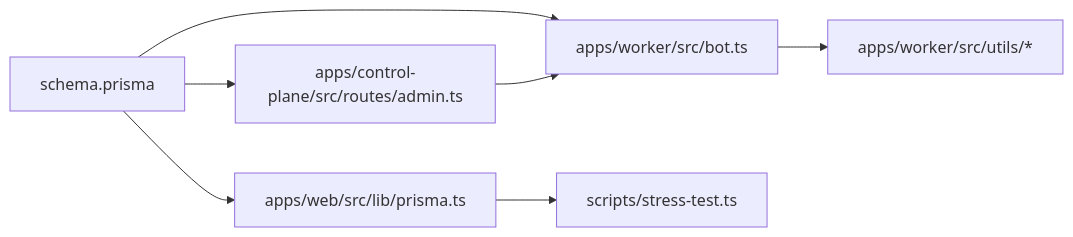
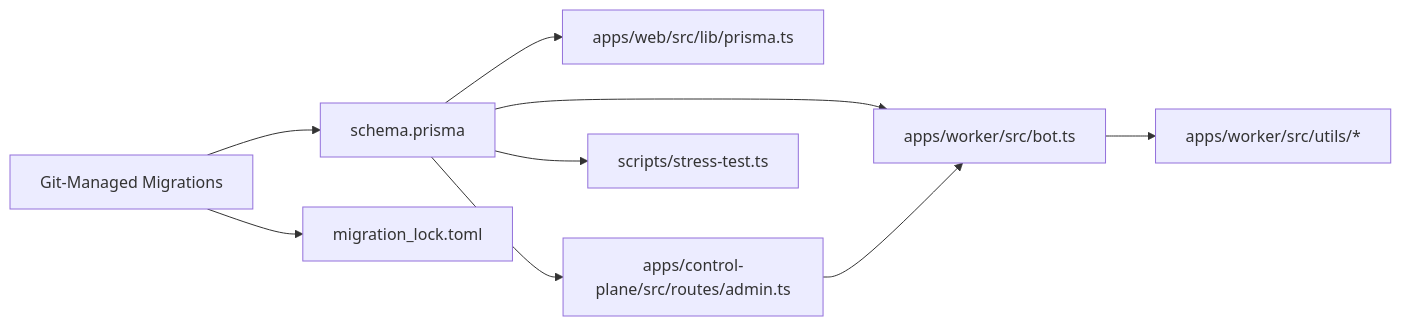
One commit to askchiwa-spec/FLOW-HQ-BOT changed the seventh of 7 diagrams in .qoder/repowiki/en/content/Database Design/Database Design.md. Above: the diagram before and after it, drawn with Mermaid. The commit also changed other lines of this file and 38 other files, not shown here.

````diff
--- a/.qoder/repowiki/en/content/Database Design/Database Design.md
+++ b/.qoder/repowiki/en/content/Database Design/Database Design.md
@@ -339,9 +480,11 @@
 ```mermaid
 graph LR
 SCHEMA["schema.prisma"] --> WEB["apps/web/src/lib/prisma.ts"]
 SCHEMA --> CTRL["apps/control-plane/src/routes/admin.ts"]
 SCHEMA --> BOT["apps/worker/src/bot.ts"]
-WEB --> TEST["scripts/stress-test.ts"]
+SCHEMA --> TEST["scripts/stress-test.ts"]
 CTRL --> BOT
 BOT --> UTILS["apps/worker/src/utils/*"]
+MIGRATION["Git-Managed Migrations"] --> SCHEMA
+MIGRATION --> LOCK["migration_lock.toml"]
 ```
````
